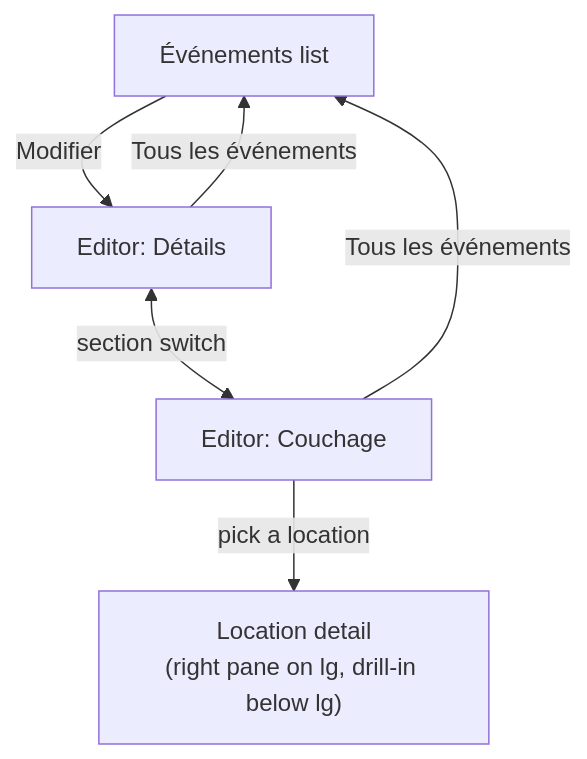
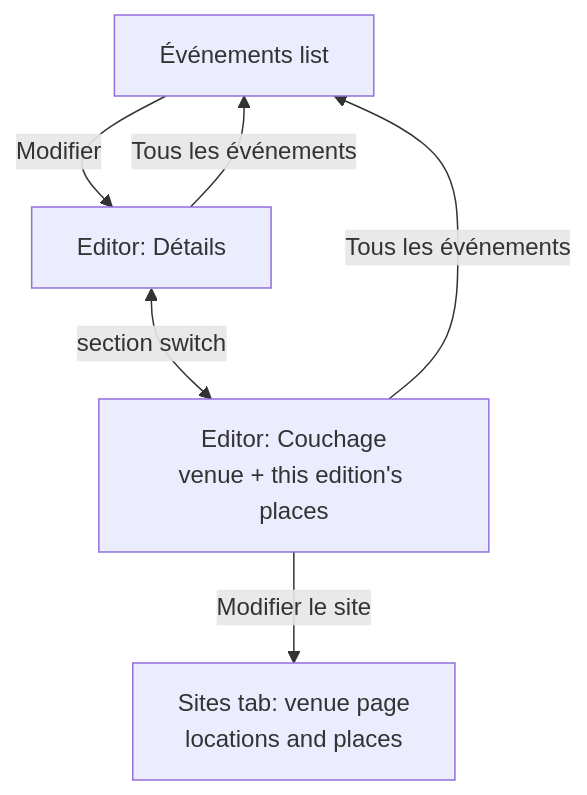
The diagram in .ulpi/design/event-editor.md (YULmix/yulmix-la-bedaine), drawn with Mermaid before and after one commit. The commit also changed other lines of this file and 13 other files, not shown here.

First line of the commit message:
feat(admin): event editor picks the venue and sets this edition's places (#147) (#158)

````diff
--- a/.ulpi/design/event-editor.md
+++ b/.ulpi/design/event-editor.md
@@ -27,8 +27,8 @@
 ```mermaid
 flowchart TD
   L["Événements list"] -->|Modifier| D["Editor: Détails"]
-  D <-->|section switch| S["Editor: Couchage"]
-  S -->|pick a location| SD["Location detail<br/>(right pane on lg, drill-in below lg)"]
+  D <-->|section switch| S["Editor: Couchage<br/>venue + this edition's places"]
+  S -->|Modifier le site| V["Sites tab: venue page<br/>locations and places"]
   D -->|Tous les événements| L
   S -->|Tous les événements| L
 ```
````
